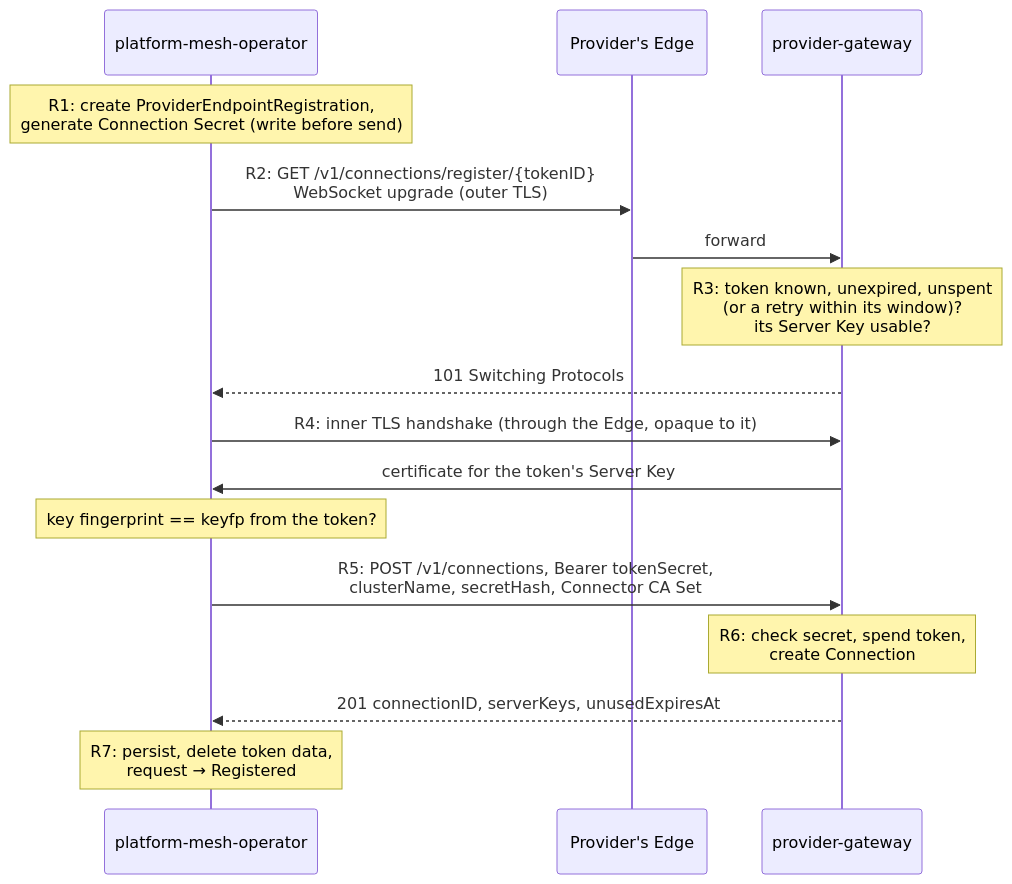
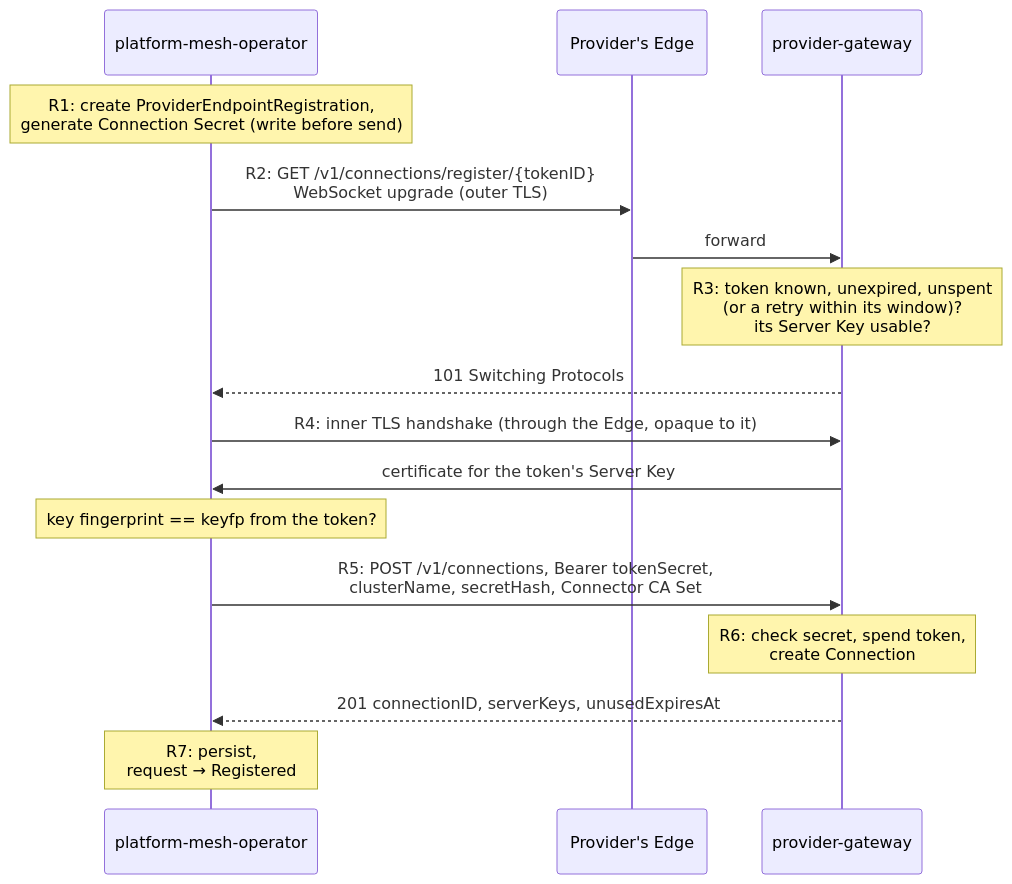
One commit to gman0/pm-architecture changed the first of 2 diagrams in rfc/xxx-notes-011-v5-flow-walkthrough.md. Above: the diagram before and after it, drawn with Mermaid. The commit also changed other lines of this file and 3 other files, not shown here.

Commit message:
notes: don't delete the token secret once spent to make things a bit easier

````diff
--- a/rfc/xxx-notes-011-v5-flow-walkthrough.md
+++ b/rfc/xxx-notes-011-v5-flow-walkthrough.md
@@ -190,18 +190,18 @@
 ```mermaid
 sequenceDiagram
     participant O as platform-mesh-operator
     participant E as Provider's Edge
     participant G as provider-gateway
     Note over O: R1: create ProviderEndpointRegistration,<br/>generate Connection Secret (write before send)
     O->>E: R2: GET /v1/connections/register/{tokenID}<br/>WebSocket upgrade (outer TLS)
     E->>G: forward
     Note over G: R3: token known, unexpired, unspent<br/>(or a retry within its window)?<br/>its Server Key usable?
     G-->>O: 101 Switching Protocols
     O->>G: R4: inner TLS handshake (through the Edge, opaque to it)
     G->>O: certificate for the token's Server Key
     Note over O: key fingerprint == keyfp from the token?
     O->>G: R5: POST /v1/connections, Bearer tokenSecret,<br/>clusterName, secretHash, Connector CA Set
     Note over G: R6: check secret, spend token,<br/>create Connection
     G-->>O: 201 connectionID, serverKeys, unusedExpiresAt
-    Note over O: R7: persist, delete token data,<br/>request → Registered
+    Note over O: R7: persist,<br/>request → Registered
 ```
````
